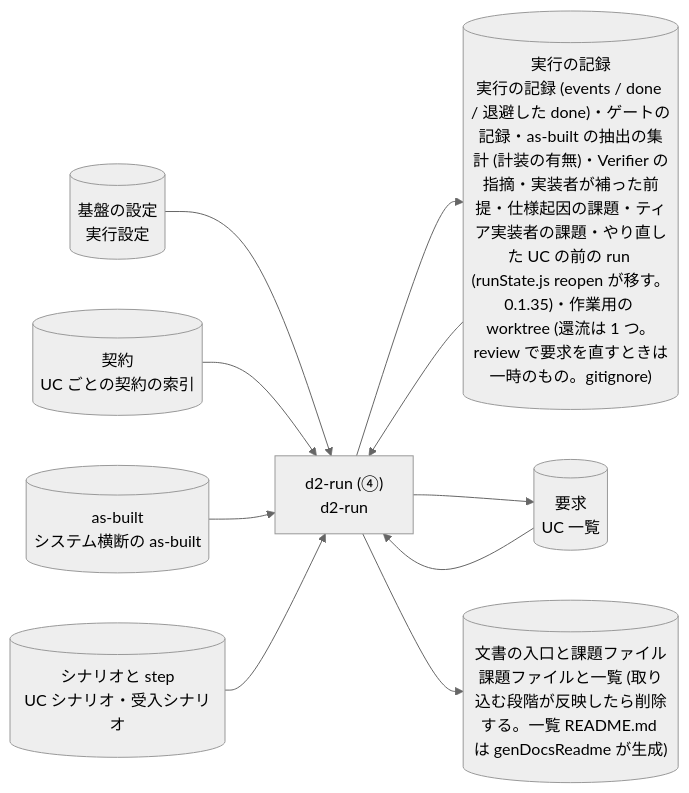
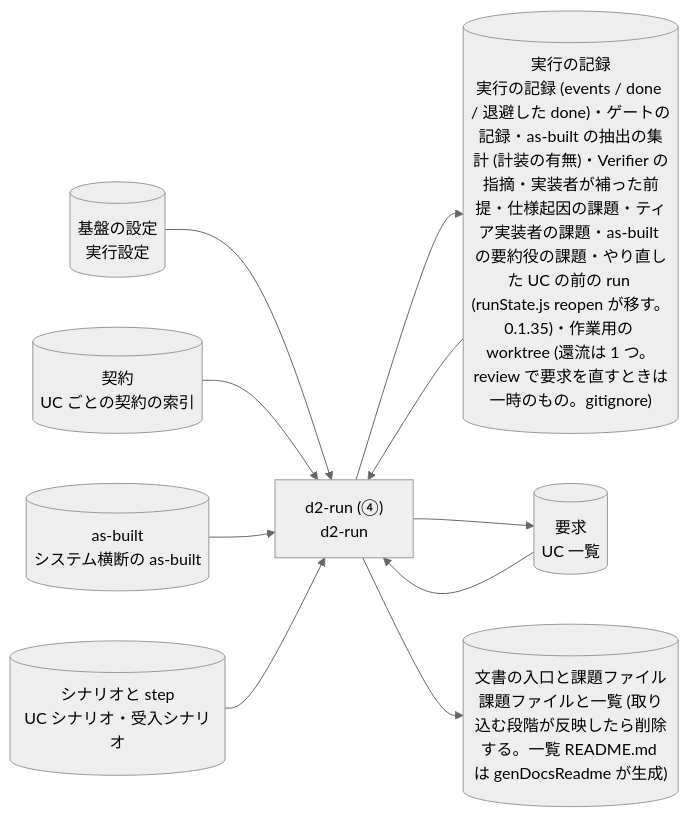
Diagram 37 of 48 in plugins/distillery2/skills/d2-common/references/dataflow.md (suwa-sh/suwa-sh-claude-plugins), drawn with Mermaid (neutral theme) before and after one commit. The commit also changed other lines of this file and 17 other files, not shown here.

````diff
--- a/plugins/distillery2/skills/d2-common/references/dataflow.md
+++ b/plugins/distillery2/skills/d2-common/references/dataflow.md
@@ -938,20 +942,20 @@
 ```mermaid
 flowchart LR
   p_run_uc["d2-run (④)<br/>d2-run"]
   g_settings[("基盤の設定<br/>実行設定")]
   g_requirements[("要求<br/>UC 一覧")]
-  g_run[("実行の記録<br/>実行の記録 (events / done / 退避した done)・ゲートの記録・as-built の抽出の集計 (計装の有無)・Verifier の指摘・実装者が補った前提・仕様起因の課題・ティア実装者の課題・やり直した UC の前の run (runState.js reopen が移す。0.1.35)・作業用の worktree (還流は 1 つ。review で要求を直すときは一時のもの。gitignore)")]
+  g_run[("実行の記録<br/>実行の記録 (events / done / 退避した done)・ゲートの記録・as-built の抽出の集計 (計装の有無)・Verifier の指摘・実装者が補った前提・仕様起因の課題・ティア実装者の課題・as-built の要約役の課題・やり直した UC の前の run (runState.js reopen が移す。0.1.35)・作業用の worktree (還流は 1 つ。review で要求を直すときは一時のもの。gitignore)")]
   g_contracts[("契約<br/>UC ごとの契約の索引")]
   g_asbuilt[("as-built<br/>システム横断の as-built")]
   g_scenarios[("シナリオと step<br/>UC シナリオ・受入シナリオ")]
   g_docs[("文書の入口と課題ファイル<br/>課題ファイルと一覧 (取り込む段階が反映したら削除する。一覧 README.md は genDocsReadme が生成)")]
   g_settings --> p_run_uc
   g_requirements --> p_run_uc
   g_run --> p_run_uc
   g_contracts --> p_run_uc
   g_asbuilt --> p_run_uc
   g_scenarios --> p_run_uc
   p_run_uc --> g_run
   p_run_uc --> g_requirements
   p_run_uc --> g_docs
 ```
````
